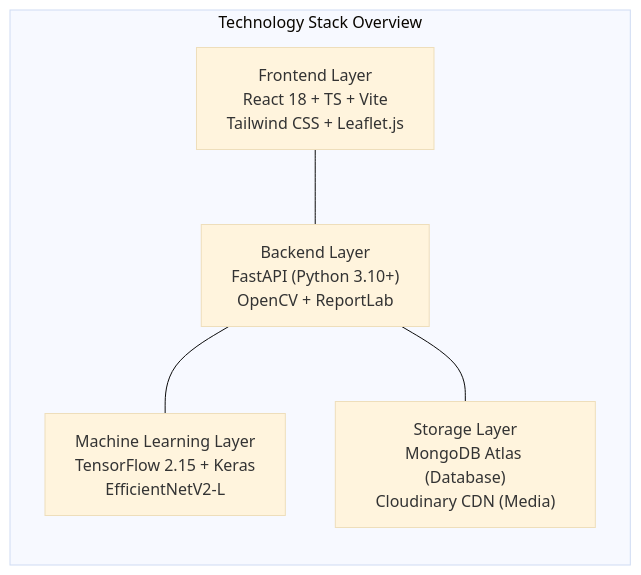
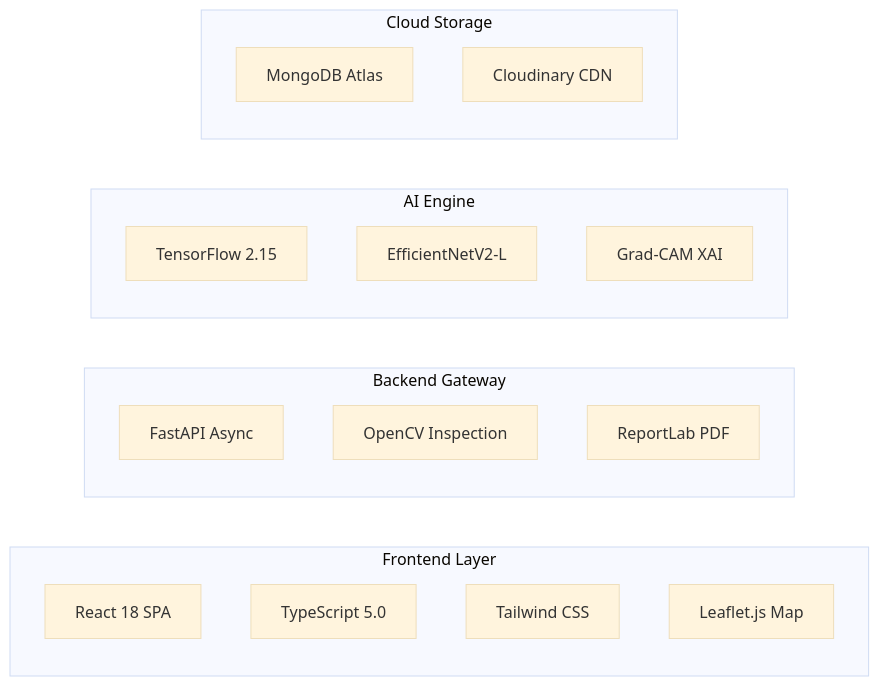
One commit to jainishh/Skin-Disease-AI changed the second of 3 diagrams in SYSTEM_ARCHITECTURE_AND_WORKFLOW.md. Above: the diagram before and after it, drawn with Mermaid (base theme). The commit also changed other lines of this file, not shown here.

````diff
--- a/SYSTEM_ARCHITECTURE_AND_WORKFLOW.md
+++ b/SYSTEM_ARCHITECTURE_AND_WORKFLOW.md
@@ -180,8 +228,26 @@
 ```mermaid
 graph LR
-    subgraph Stack ["Technology Stack Overview"]
-        F["Frontend Layer\nReact 18 + TS + Vite\nTailwind CSS + Leaflet.js"] --- B["Backend Layer\nFastAPI (Python 3.10+)\nOpenCV + ReportLab"]
-        B --- M["Machine Learning Layer\nTensorFlow 2.15 + Keras\nEfficientNetV2-L"]
-        B --- S["Storage Layer\nMongoDB Atlas (Database)\nCloudinary CDN (Media)"]
+    subgraph Frontend ["Frontend Layer"]
+        F1["React 18 SPA"]
+        F2["TypeScript 5.0"]
+        F3["Tailwind CSS"]
+        F4["Leaflet.js Map"]
+    end
+
+    subgraph Backend ["Backend Gateway"]
+        B1["FastAPI Async"]
+        B2["OpenCV Inspection"]
+        B3["ReportLab PDF"]
+    end
+
+    subgraph ML ["AI Engine"]
+        M1["TensorFlow 2.15"]
+        M2["EfficientNetV2-L"]
+        M3["Grad-CAM XAI"]
+    end
+
+    subgraph Storage ["Cloud Storage"]
+        S1["MongoDB Atlas"]
+        S2["Cloudinary CDN"]
     end
 ```
````
